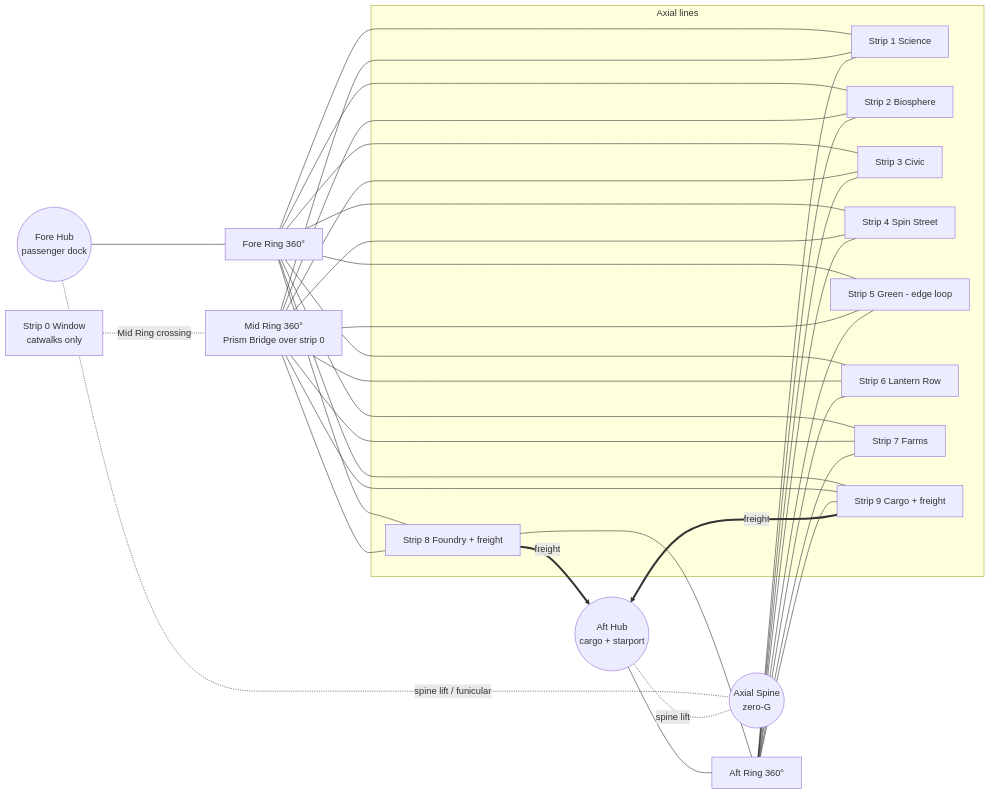
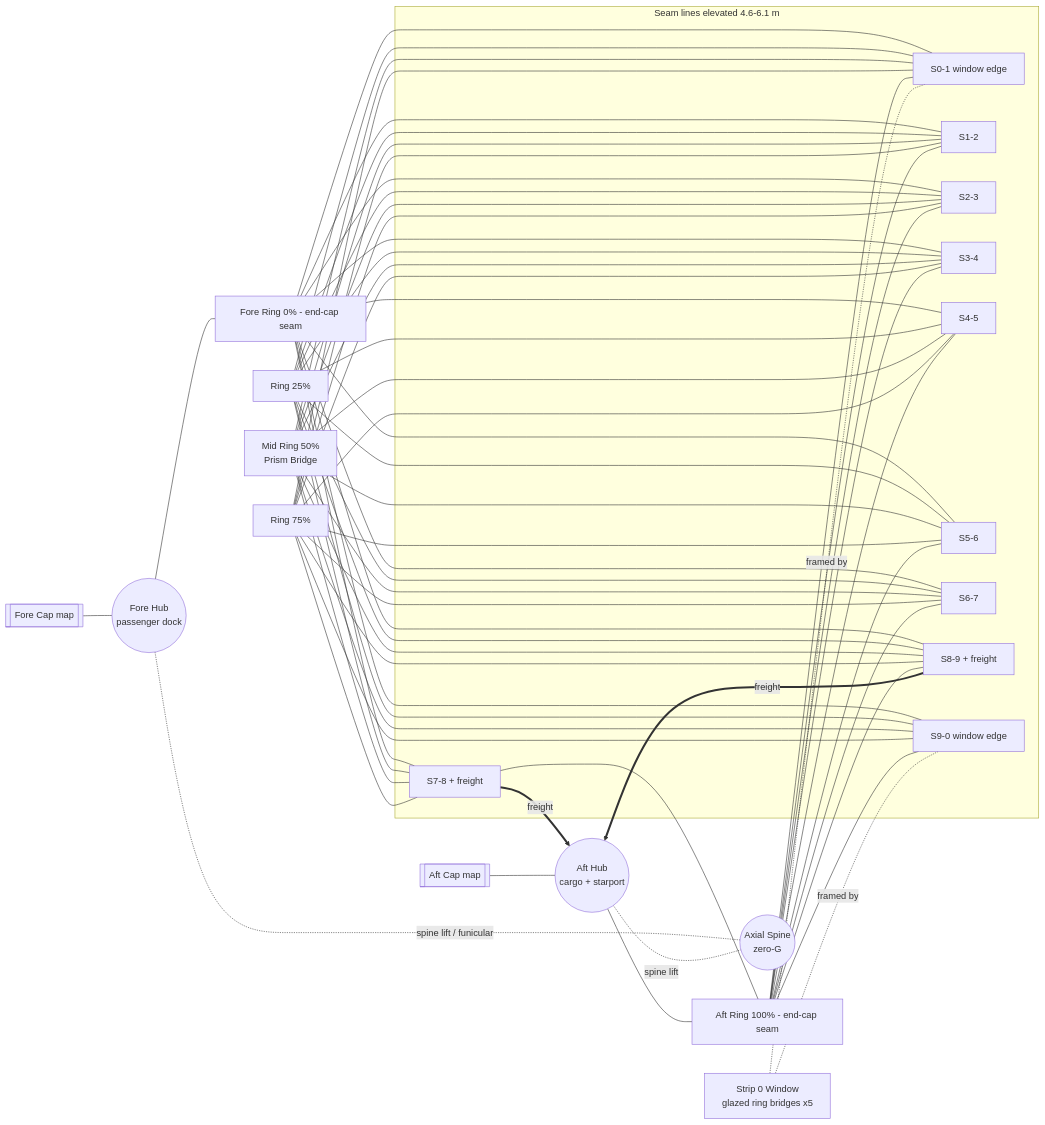
One commit to FinalFracture/Aegis-7 changed the diagram in design/cylinder_master_plan.md. Above: the diagram before and after it, drawn with Mermaid. The commit also changed other lines of this file, not shown here.

Commit message:
Master plan v2: seam maglev lines (10), elevated guideway, 5 rings/50 transfers, 12 maps, preface to strip 4 [t119u]

````diff
--- a/design/cylinder_master_plan.md
+++ b/design/cylinder_master_plan.md
@@ -75,25 +88,33 @@
 ```mermaid
 graph LR
-  FH((Fore Hub<br/>passenger dock)) --- FR[Fore Ring 360°]
-  AH((Aft Hub<br/>cargo + starport)) --- AR[Aft Ring 360°]
-  MR[Mid Ring 360°<br/>Prism Bridge over strip 0]
-  subgraph Axial lines
-    L1[Strip 1 Science]
-    L2[Strip 2 Biosphere]
-    L3[Strip 3 Civic]
-    L4[Strip 4 Spin Street]
-    L5[Strip 5 Green - edge loop]
-    L6[Strip 6 Lantern Row]
-    L7[Strip 7 Farms]
-    L8[Strip 8 Foundry + freight]
-    L9[Strip 9 Cargo + freight]
+  FH((Fore Hub<br/>passenger dock)) --- R0[Fore Ring 0% - end-cap seam]
+  AH((Aft Hub<br/>cargo + starport)) --- R4[Aft Ring 100% - end-cap seam]
+  R1[Ring 25%]
+  R2[Mid Ring 50%<br/>Prism Bridge]
+  R3[Ring 75%]
+  subgraph Seam lines elevated 4.6-6.1 m
+    S01[S0-1 window edge]
+    S12[S1-2]
+    S23[S2-3]
+    S34[S3-4]
+    S45[S4-5]
+    S56[S5-6]
+    S67[S6-7]
+    S78[S7-8 + freight]
+    S89[S8-9 + freight]
+    S90[S9-0 window edge]
   end
-  FR --- L1 & L2 & L3 & L4 & L5 & L6 & L7 & L8 & L9
-  MR --- L1 & L2 & L3 & L4 & L5 & L6 & L7 & L8 & L9
-  AR --- L1 & L2 & L3 & L4 & L5 & L6 & L7 & L8 & L9
-  W0[Strip 0 Window<br/>catwalks only] -. Mid Ring crossing .- MR
-  L8 == freight ==> AH
-  L9 == freight ==> AH
+  R0 --- S01 & S12 & S23 & S34 & S45 & S56 & S67 & S78 & S89 & S90
+  R1 --- S01 & S12 & S23 & S34 & S45 & S56 & S67 & S78 & S89 & S90
+  R2 --- S01 & S12 & S23 & S34 & S45 & S56 & S67 & S78 & S89 & S90
+  R3 --- S01 & S12 & S23 & S34 & S45 & S56 & S67 & S78 & S89 & S90
+  R4 --- S01 & S12 & S23 & S34 & S45 & S56 & S67 & S78 & S89 & S90
+  W0[Strip 0 Window<br/>glazed ring bridges x5] -. framed by .- S01
+  W0 -. framed by .- S90
+  S78 == freight ==> AH
+  S89 == freight ==> AH
   FH -. spine lift / funicular .- SP((Axial Spine<br/>zero-G))
   AH -. spine lift .- SP
+  FC[[Fore Cap map]] --- FH
+  AC[[Aft Cap map]] --- AH
 ```
````
